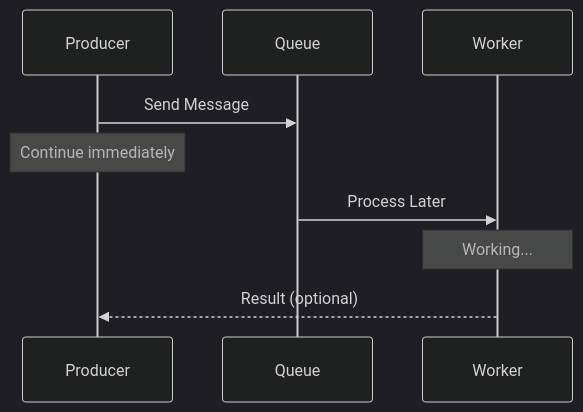
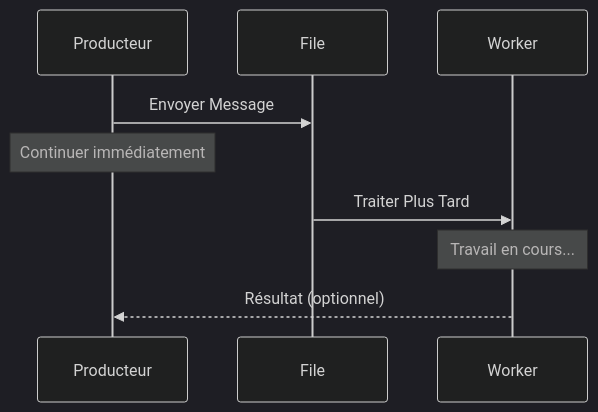
Before and after one commit to dardourimohamed/distributed-systems-course: the third of 7 diagrams in src/fundamentals/02-message-passing.md, drawn with Mermaid (dark theme). The commit also changed other lines of this file and 38 other files, not shown here.

````diff
--- a/src/fundamentals/02-message-passing.md
+++ b/src/fundamentals/02-message-passing.md
@@ -60,13 +60,13 @@
 ```mermaid
 sequenceDiagram
-    participant P as Producer
-    participant Q as Queue
+    participant P as Producteur
+    participant Q as File
     participant W as Worker
 
-    P->>Q: Send Message
-    Note over P: Continue immediately
+    P->>Q: Envoyer Message
+    Note over P: Continuer immédiatement
 
-    Q->>W: Process Later
-    Note over W: Working...
-    W-->>P: Result (optional)
+    Q->>W: Traiter Plus Tard
+    Note over W: Travail en cours...
+    W-->>P: Résultat (optionnel)
 ```
````
